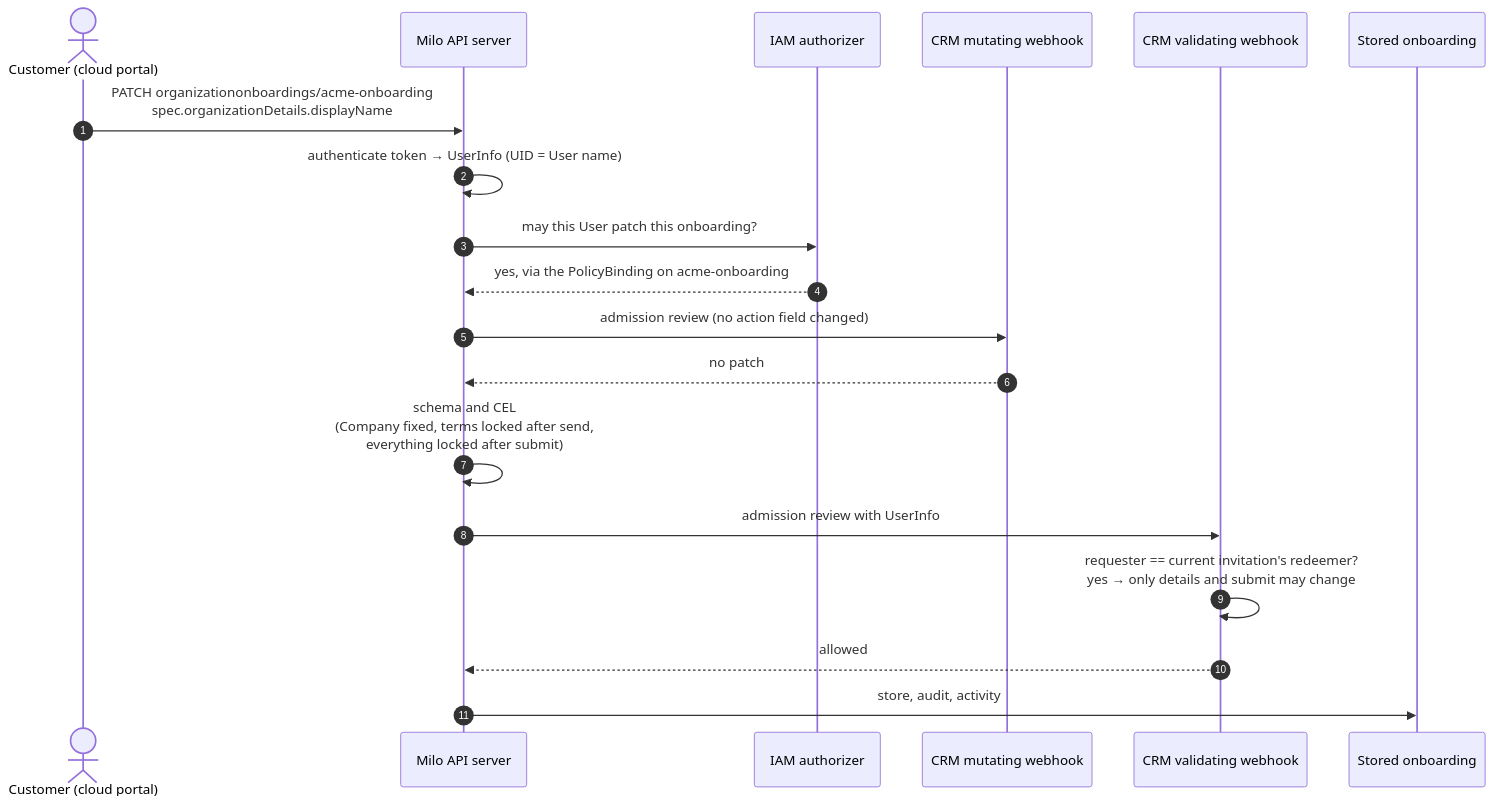
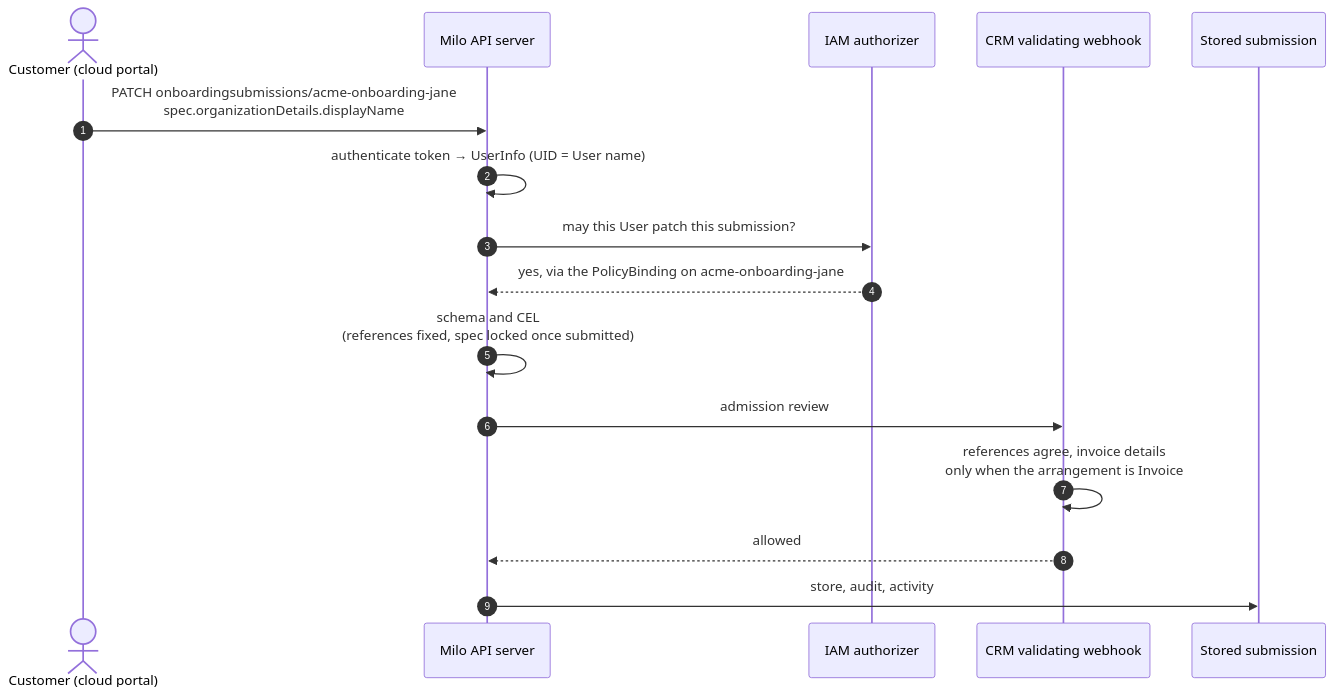
The third of 5 diagrams in docs/design/onboarding-actions.md (milo-os/crm), drawn with Mermaid before and after one commit. The commit also changed other lines of this file and 2 other files, not shown here.

First line of the commit message:
docs: give the customer their own OnboardingSubmission

````diff
--- a/docs/design/onboarding-actions.md
+++ b/docs/design/onboarding-actions.md
@@ -174,22 +207,19 @@
 ```mermaid
 sequenceDiagram
     autonumber
     actor C as Customer (cloud portal)
     participant M as Milo API server
     participant IAM as IAM authorizer
-    participant MW as CRM mutating webhook
     participant V as CRM validating webhook
-    participant S as Stored onboarding
+    participant S as Stored submission
 
-    C->>M: PATCH organizationonboardings/acme-onboarding<br/>spec.organizationDetails.displayName
+    C->>M: PATCH onboardingsubmissions/acme-onboarding-jane<br/>spec.organizationDetails.displayName
     M->>M: authenticate token → UserInfo (UID = User name)
-    M->>IAM: may this User patch this onboarding?
-    IAM-->>M: yes, via the PolicyBinding on acme-onboarding
-    M->>MW: admission review (no action field changed)
-    MW-->>M: no patch
-    M->>M: schema and CEL<br/>(Company fixed, terms locked after send,<br/>everything locked after submit)
-    M->>V: admission review with UserInfo
-    V->>V: requester == current invitation's redeemer?<br/>yes → only details and submit may change
+    M->>IAM: may this User patch this submission?
+    IAM-->>M: yes, via the PolicyBinding on acme-onboarding-jane
+    M->>M: schema and CEL<br/>(references fixed, spec locked once submitted)
+    M->>V: admission review
+    V->>V: references agree, invoice details<br/>only when the arrangement is Invoice
     V-->>M: allowed
     M->>S: store, audit, activity
 ```
````
